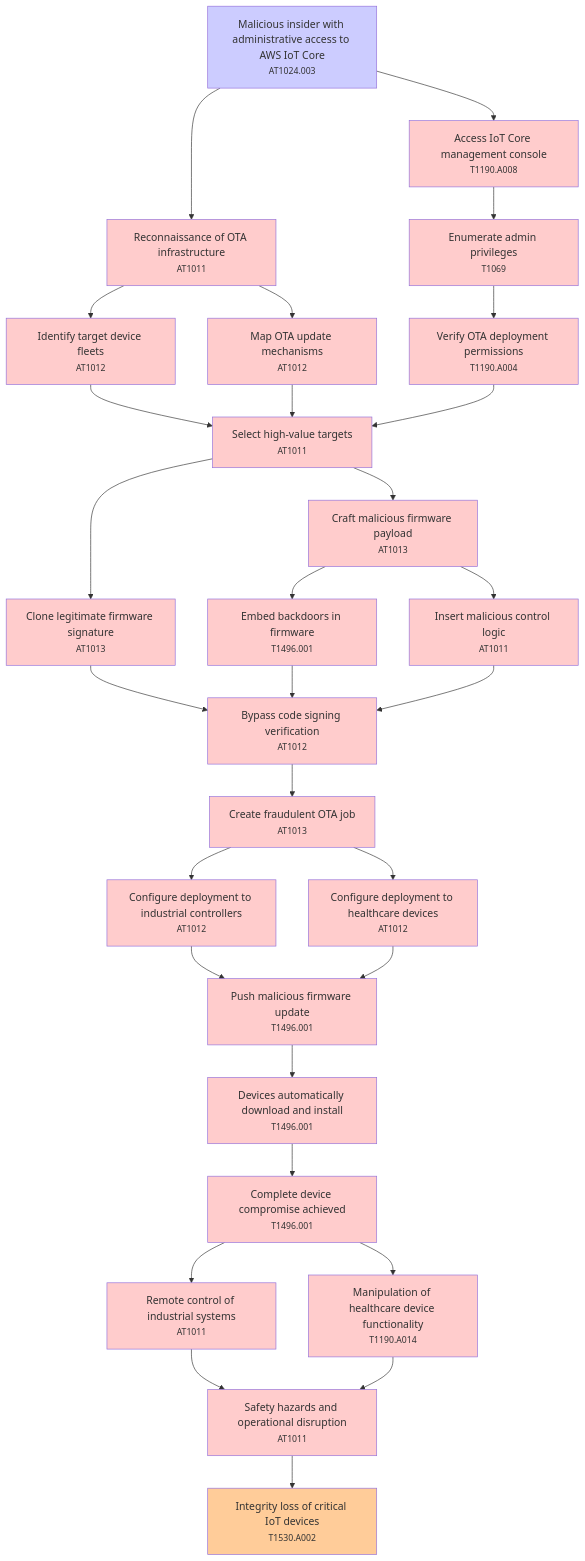
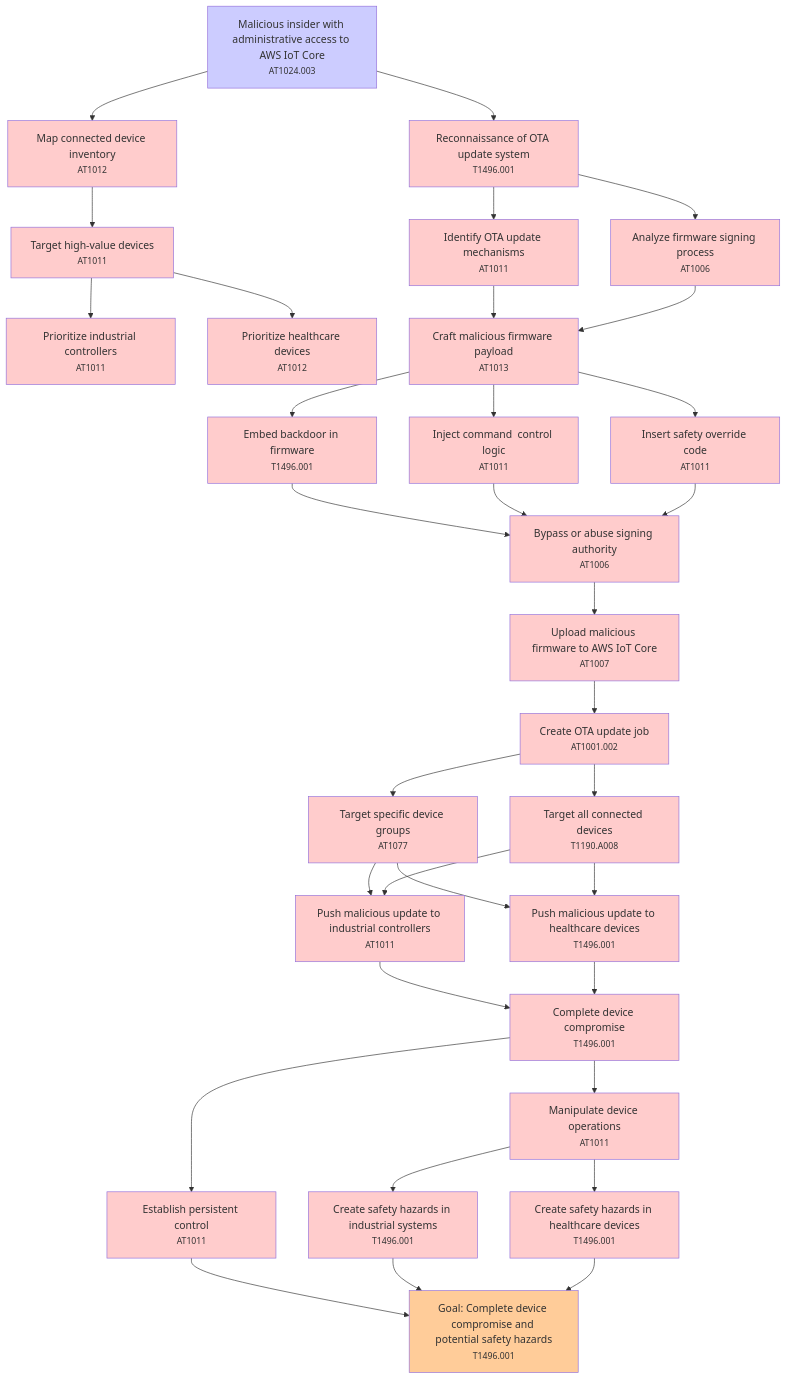
Before and after one commit to aws-samples/sample-agentic-attack-tree-generator: the diagram in threatforest-agentic-application/examples/iot-device-management/threatforest/enriched/enriched_attack_tree_T003_supply_chain.md, drawn with Mermaid. The commit also changed other lines of this file and 44 other files, not shown here.

````diff
--- a/threatforest-agentic-application/examples/iot-device-management/threatforest/enriched/enriched_attack_tree_T003_supply_chain.md
+++ b/threatforest-agentic-application/examples/iot-device-management/threatforest/enriched/enriched_attack_tree_T003_supply_chain.md
@@ -19,38 +19,42 @@
 ```mermaid
 graph TD
-    A["Malicious insider with administrative access to AWS IoT Core<br/><small>AT1024.003</small>"] --> B["Reconnaissance of OTA infrastructure<br/><small>AT1011</small>"]
-    A --> C["Access IoT Core management console<br/><small>T1190.A008</small>"]
-    B --> D["Identify target device fleets<br/><small>AT1012</small>"]
-    B --> E["Map OTA update mechanisms<br/><small>AT1012</small>"]
-    C --> F["Enumerate admin privileges<br/><small>T1069</small>"]
-    F --> G["Verify OTA deployment permissions<br/><small>T1190.A004</small>"]
-    D --> H["Select high-value targets<br/><small>AT1011</small>"]
-    E --> H
-    G --> H
-    H --> I["Craft malicious firmware payload<br/><small>AT1013</small>"]
-    H --> J["Clone legitimate firmware signature<br/><small>AT1013</small>"]
-    I --> K["Embed backdoors in firmware<br/><small>T1496.001</small>"]
-    I --> L["Insert malicious control logic<br/><small>AT1011</small>"]
-    J --> M["Bypass code signing verification<br/><small>AT1012</small>"]
+    A["Malicious insider with administrative access to AWS IoT Core<br/><small>AT1024.003</small>"] --> B["Reconnaissance of OTA update system<br/><small>T1496.001</small>"]
+    A --> C["Map connected device inventory<br/><small>AT1012</small>"]
+    B --> D["Identify OTA update mechanisms<br/><small>AT1011</small>"]
+    B --> E["Analyze firmware signing process<br/><small>AT1006</small>"]
+    C --> F["Target high-value devices<br/><small>AT1011</small>"]
+    F --> G["Prioritize industrial controllers<br/><small>AT1011</small>"]
+    F --> H["Prioritize healthcare devices<br/><small>AT1012</small>"]
+    D --> I["Craft malicious firmware payload<br/><small>AT1013</small>"]
+    E --> I
+    I --> J["Embed backdoor in firmware<br/><small>T1496.001</small>"]
+    I --> K["Inject command  control logic<br/><small>AT1011</small>"]
+    I --> L["Insert safety override code<br/><small>AT1011</small>"]
+    J --> M["Bypass or abuse signing authority<br/><small>AT1006</small>"]
     K --> M
     L --> M
-    M --> N["Create fraudulent OTA job<br/><small>AT1013</small>"]
-    N --> O["Configure deployment to industrial controllers<br/><small>AT1012</small>"]
-    N --> P["Configure deployment to healthcare devices<br/><small>AT1012</small>"]
-    O --> Q["Push malicious firmware update<br/><small>T1496.001</small>"]
-    P --> Q
-    Q --> R["Devices automatically download and install<br/><small>T1496.001</small>"]
-    R --> S["Complete device compromise achieved<br/><small>T1496.001</small>"]
-    S --> T["Remote control of industrial systems<br/><small>AT1011</small>"]
-    S --> U["Manipulation of healthcare device functionality<br/><small>T1190.A014</small>"]
-    T --> V["Safety hazards and operational disruption<br/><small>AT1011</small>"]
-    U --> V
-    V --> W["Integrity loss of critical IoT devices<br/><small>T1530.A002</small>"]
+    M --> N["Upload malicious firmware to AWS IoT Core<br/><small>AT1007</small>"]
+    N --> O["Create OTA update job<br/><small>AT1001.002</small>"]
+    O --> P["Target specific device groups<br/><small>AT1077</small>"]
+    O --> Q["Target all connected devices<br/><small>T1190.A008</small>"]
+    P --> R["Push malicious update to industrial controllers<br/><small>AT1011</small>"]
+    P --> S["Push malicious update to healthcare devices<br/><small>T1496.001</small>"]
+    Q --> R
+    Q --> S
+    R --> T["Complete device compromise<br/><small>T1496.001</small>"]
+    S --> T
+    T --> U["Establish persistent control<br/><small>AT1011</small>"]
+    T --> V["Manipulate device operations<br/><small>AT1011</small>"]
+    V --> W["Create safety hazards in industrial systems<br/><small>T1496.001</small>"]
+    V --> X["Create safety hazards in healthcare devices<br/><small>T1496.001</small>"]
+    U --> Y["Goal: Complete device compromise and potential safety hazards<br/><small>T1496.001</small>"]
+    W --> Y
+    X --> Y
     classDef attack fill:#ffcccc
     classDef goal fill:#ffcc99
     classDef fact fill:#ccccff
-    class B,C,D,E,F,G,H,I,J,K,L,M,N,O,P,Q,R,S,T,U,V attack
-    class W goal
+    class B,C,D,E,F,G,H,I,J,K,L,M,N,O,P,Q,R,S,T,U,V,W,X attack
+    class Y goal
     class A fact
     classDef mitigation fill:#ccffcc
 ```
````
